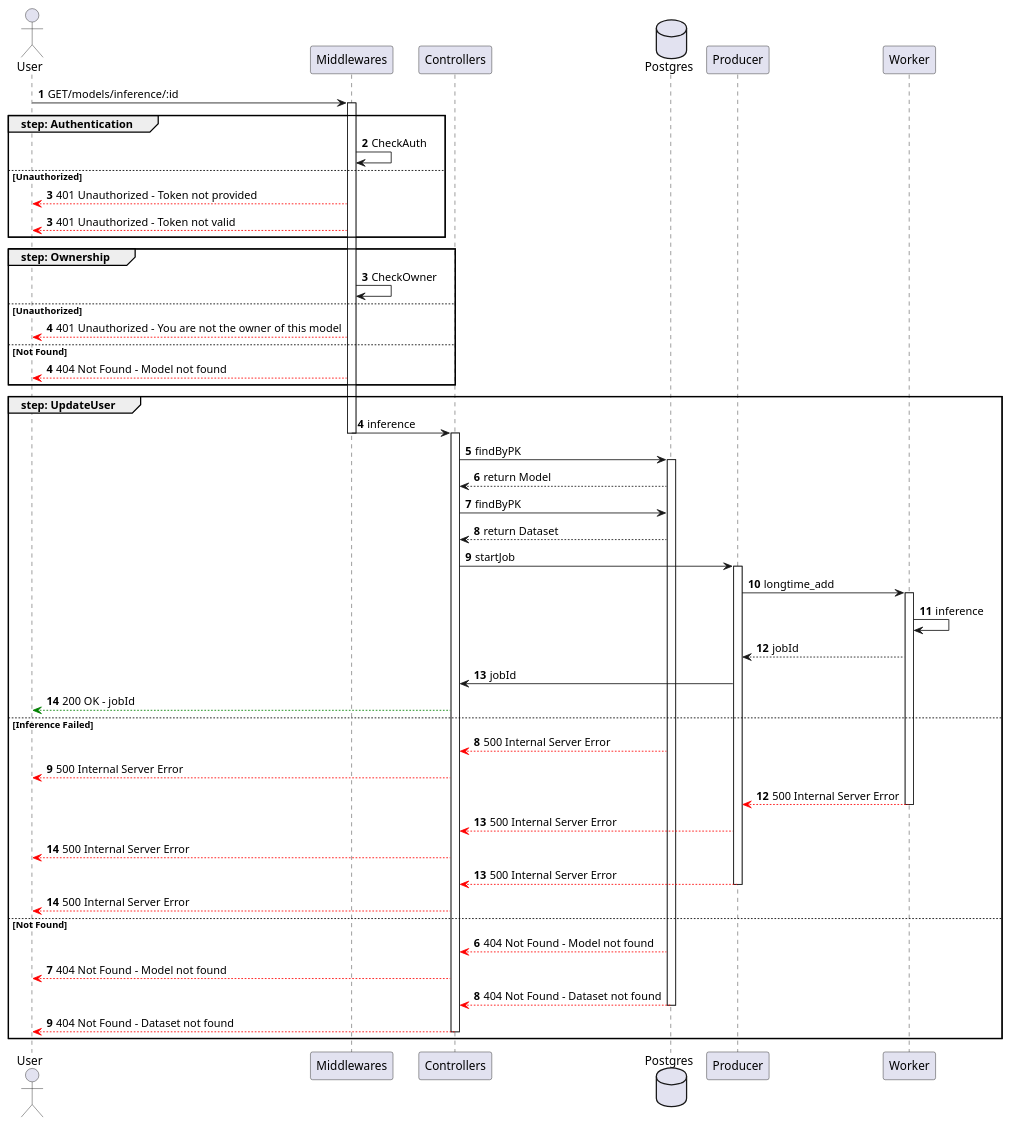
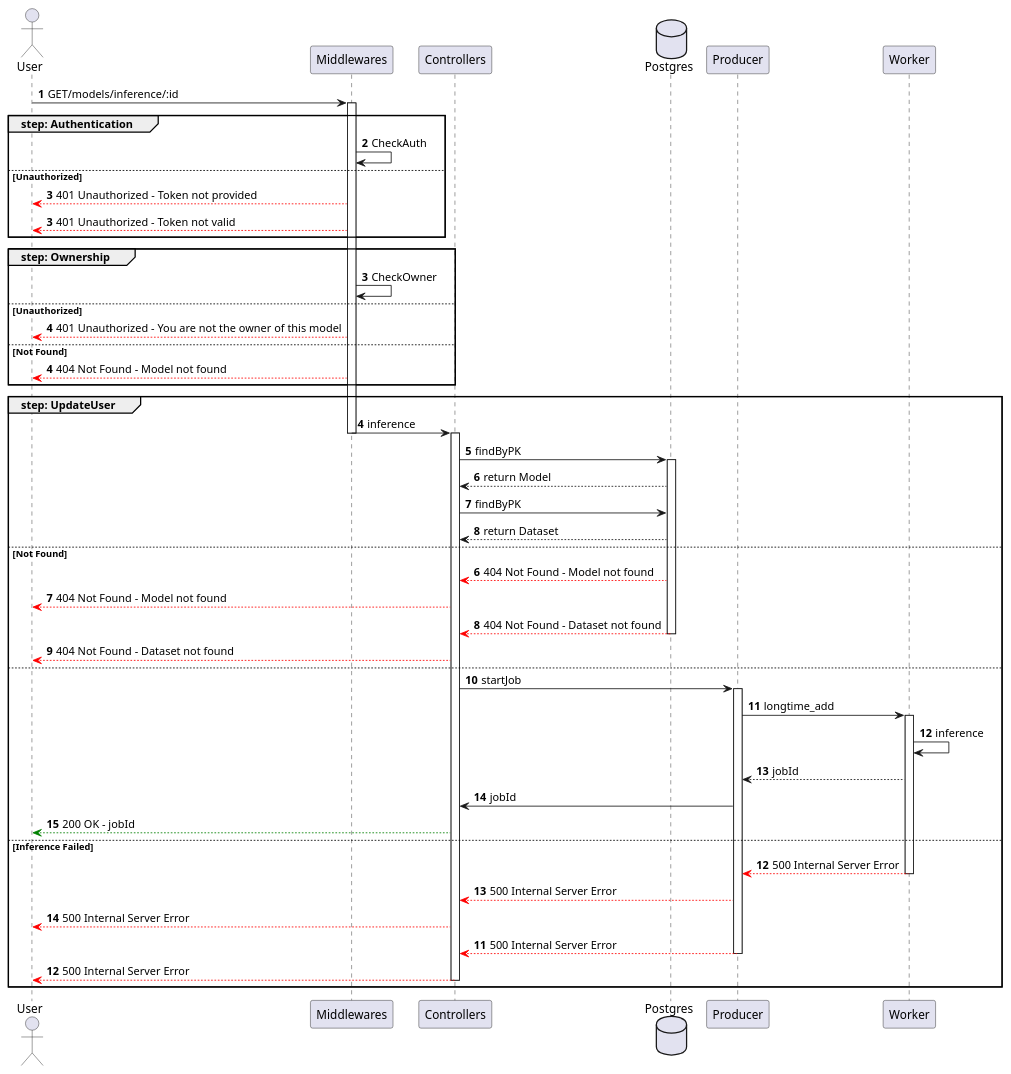
One commit to ShadowWalker1411/ProgrammazioneAvanzataREPO changed the diagram in sequence_diagrams/models/InferenceModel.puml. Above: the diagram before and after it, drawn with PlantUML. The commit also changed 34 other files, not shown here.

```diff
--- a/sequence_diagrams/models/InferenceModel.puml
+++ b/sequence_diagrams/models/InferenceModel.puml
@@ -1,66 +1,64 @@
 @startuml inferenceModel
 
 actor User
 participant Middlewares
 participant Controllers
 database Postgres
 participant Producer
 participant Worker
 
 autonumber
 User -> Middlewares ++: GET/models/inference/:id
 
 group step: Authentication
     Middlewares -> Middlewares : CheckAuth
 else Unauthorized
     autonumber 3
     Middlewares --[#red]> User : 401 Unauthorized - Token not provided
     autonumber 3
     Middlewares --[#red]> User : 401 Unauthorized - Token not valid
 end
 
 group step: Ownership
     autonumber 3
     Middlewares -> Middlewares : CheckOwner
 else Unauthorized
     autonumber 4
     Middlewares --[#red]> User : 401 Unauthorized - You are not the owner of this model
 else Not Found
     autonumber 4
     Middlewares --[#red]> User : 404 Not Found - Model not found
 end
 
 group step: UpdateUser
     autonumber 4
     Middlewares -> Controllers --++: inference
     Controllers -> Postgres ++: findByPK
     Postgres --> Controllers: return Model
     Controllers -> Postgres : findByPK
     Postgres --> Controllers: return Dataset
+else Not Found
+    autonumber 6
+    Postgres --[#red]> Controllers : 404 Not Found - Model not found
+    Controllers --[#red]> User : 404 Not Found - Model not found
+    autonumber 8
+    Postgres --[#red]> Controllers --: 404 Not Found - Dataset not found
+    Controllers --[#red]> User : 404 Not Found - Dataset not found
+else
     Controllers -> Producer ++: startJob
     Producer -> Worker ++: longtime_add
     Worker -> Worker : inference
     Worker --> Producer : jobId
     Producer -> Controllers : jobId
     Controllers --[#green]> User : 200 OK - jobId
 else Inference Failed
-    autonumber 8
-    Postgres --[#red]> Controllers : 500 Internal Server Error
-    Controllers --[#red]> User : 500 Internal Server Error
     autonumber 12
     Worker --[#red]> Producer --: 500 Internal Server Error
     Producer --[#red]> Controllers : 500 Internal Server Error
     Controllers --[#red]> User : 500 Internal Server Error
-    autonumber 13
+    autonumber 11
     Producer --[#red]> Controllers --: 500 Internal Server Error
-    Controllers --[#red]> User : 500 Internal Server Error
-else Not Found
-    autonumber 6
-    Postgres --[#red]> Controllers : 404 Not Found - Model not found
-    Controllers --[#red]> User : 404 Not Found - Model not found
-    autonumber 8
-    Postgres --[#red]> Controllers --: 404 Not Found - Dataset not found
-    Controllers --[#red]> User --: 404 Not Found - Dataset not found
+    Controllers --[#red]> User --: 500 Internal Server Error
 end
 
 @enduml
```
